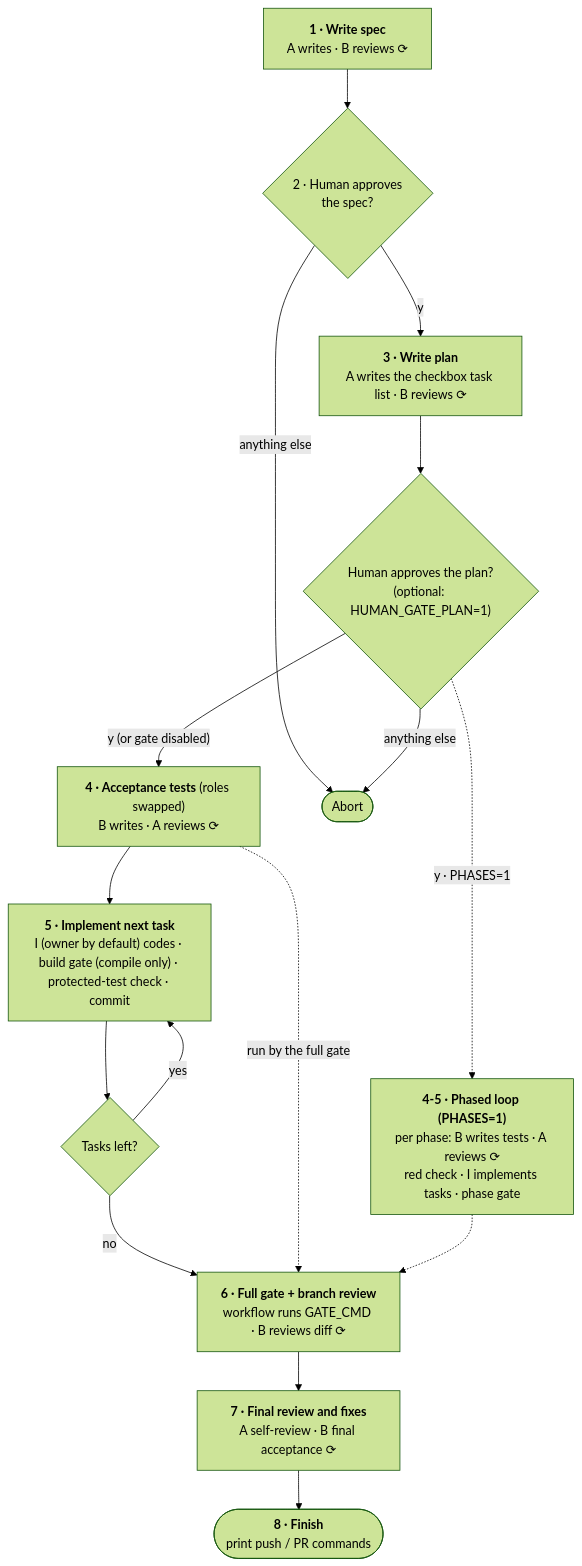
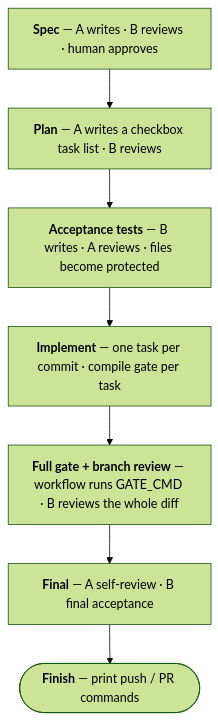
Before and after one commit to yhchiu/adversarial-ai-coding: the diagram in README.md, drawn with Mermaid (forest theme). The commit also changed other lines of this file and 3 other files, not shown here.

````diff
--- a/README.md
+++ b/README.md
@@ -33,28 +27,11 @@
 ```mermaid
 flowchart TD
-    spec["<b>1 · Write spec</b><br/>A writes · B reviews ⟳"]
-    gate{"2 · Human approves<br/>the spec?"}
-    plan["<b>3 · Write plan</b><br/>A writes the checkbox task list · B reviews ⟳"]
-    plangate{"Human approves the plan?<br/>(optional: HUMAN_GATE_PLAN=1)"}
-    tests["<b>4 · Acceptance tests</b> (roles swapped)<br/>B writes · A reviews ⟳"]
-    task["<b>5 · Implement next task</b><br/>I (owner by default) codes · build gate (compile only) · protected-test check · commit"]
-    more{"Tasks left?"}
-    branch["<b>6 · Full gate + branch review</b><br/>workflow runs GATE_CMD · B reviews diff ⟳"]
-    final["<b>7 · Final review and fixes</b><br/>A self-review · B final acceptance ⟳"]
-    fin(["<b>8 · Finish</b><br/>print push / PR commands"])
-    abort(["Abort"])
-
-    spec --> gate
-    gate -- "y" --> plan
-    gate -- "anything else" --> abort
-    plan --> plangate
-    plangate -- "y (or gate disabled)" --> tests
-    plangate -- "anything else" --> abort
-    tests --> task --> more
-    more -- "yes" --> task
-    more -- "no" --> branch --> final --> fin
-    tests -. "run by the full gate" .-> branch
-    phased["<b>4-5 · Phased loop (PHASES=1)</b><br/>per phase: B writes tests · A reviews ⟳<br/>red check · I implements tasks · phase gate"]
-    plangate -. "y · PHASES=1" .-> phased
-    phased -.-> branch
+    spec["<b>Spec</b> — A writes · B reviews · human approves"]
+    plan["<b>Plan</b> — A writes a checkbox task list · B reviews"]
+    tests["<b>Acceptance tests</b> — B writes · A reviews · files become protected"]
+    impl["<b>Implement</b> — one task per commit · compile gate per task"]
+    gate["<b>Full gate + branch review</b> — workflow runs GATE_CMD · B reviews the whole diff"]
+    final["<b>Final</b> — A self-review · B final acceptance"]
+    fin(["<b>Finish</b> — print push / PR commands"])
+    spec --> plan --> tests --> impl --> gate --> final --> fin
 ```
````
